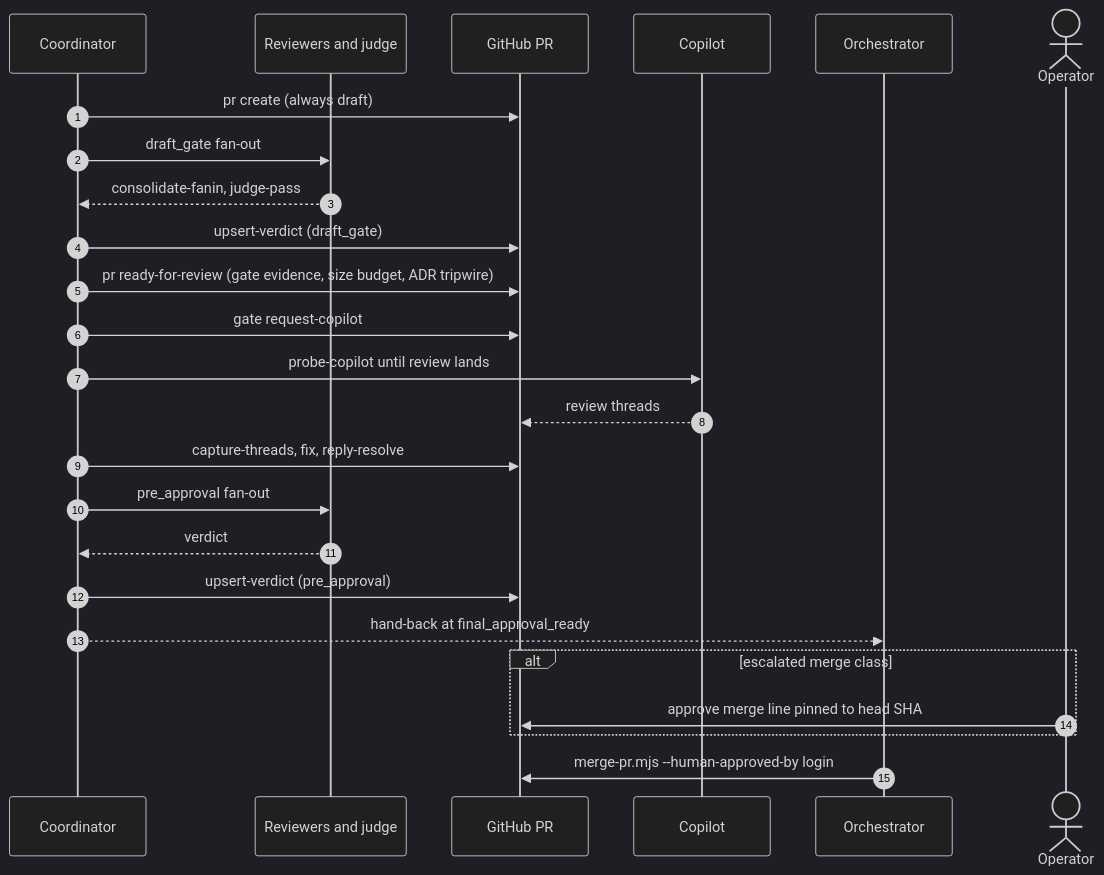
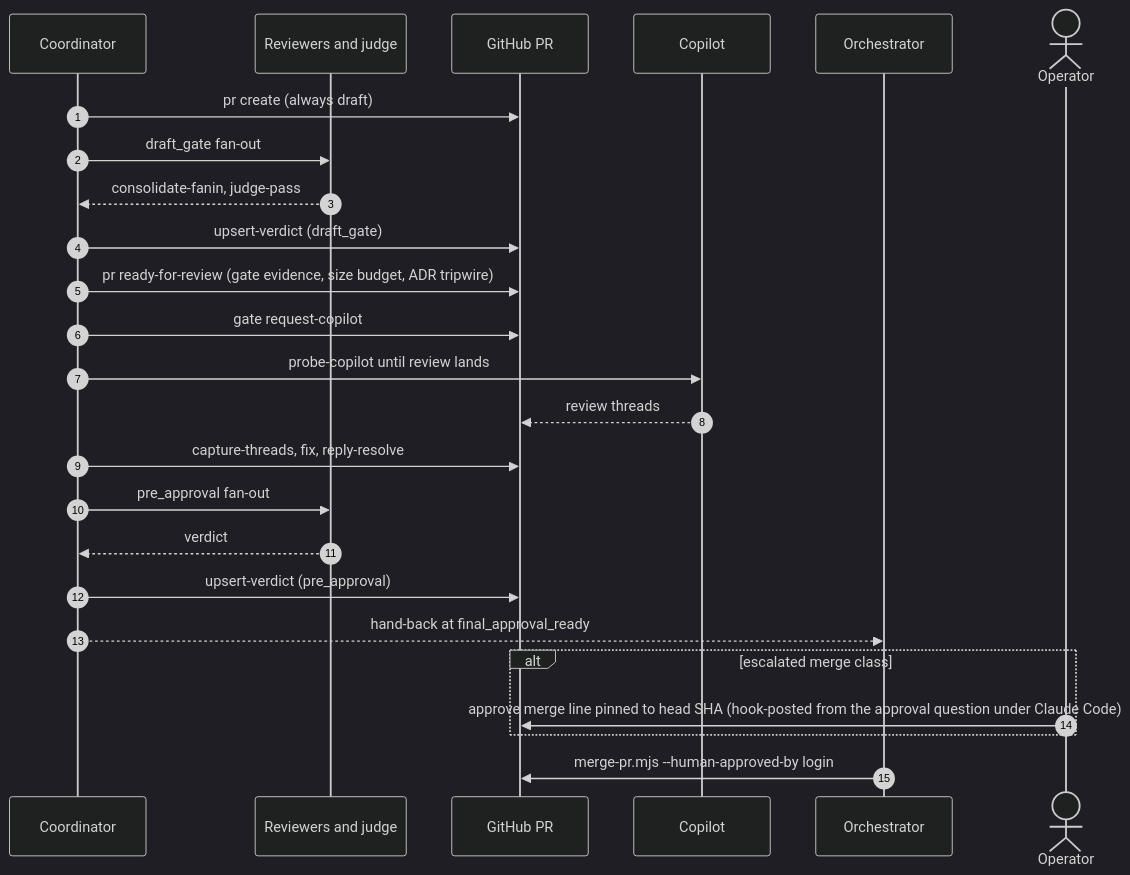
One commit to mfittko/dev-loops changed diagram 11 of 14 in docs/atlas/04-main-flows.md. Above: the diagram before and after it, drawn with Mermaid (dark theme). The commit also changed other lines of this file, not shown here.

First line of the commit message:
docs(atlas): refresh section 04-main-flows to f6619004d

````diff
--- a/docs/atlas/04-main-flows.md
+++ b/docs/atlas/04-main-flows.md
@@ -333,27 +339,27 @@
 ```mermaid
 sequenceDiagram
   autonumber
   participant C as Coordinator
   participant R as Reviewers and judge
   participant GH as GitHub PR
   participant CP as Copilot
   participant MA as Orchestrator
   actor Op as Operator
   C->>GH: pr create (always draft)
   C->>R: draft_gate fan-out
   R-->>C: consolidate-fanin, judge-pass
   C->>GH: upsert-verdict (draft_gate)
   C->>GH: pr ready-for-review (gate evidence, size budget, ADR tripwire)
   C->>GH: gate request-copilot
   C->>CP: probe-copilot until review lands
   CP-->>GH: review threads
   C->>GH: capture-threads, fix, reply-resolve
   C->>R: pre_approval fan-out
   R-->>C: verdict
   C->>GH: upsert-verdict (pre_approval)
   C-->>MA: hand-back at final_approval_ready
   alt escalated merge class
-    Op->>GH: approve merge line pinned to head SHA
+    Op->>GH: approve merge line pinned to head SHA (hook-posted from the approval question under Claude Code)
   end
   MA->>GH: merge-pr.mjs --human-approved-by login
 ```
````
